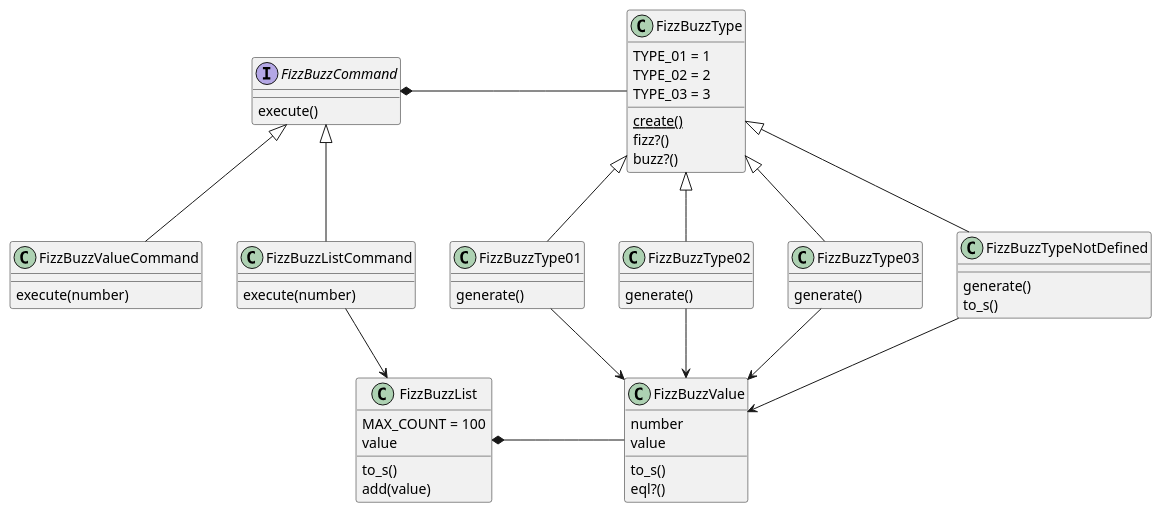
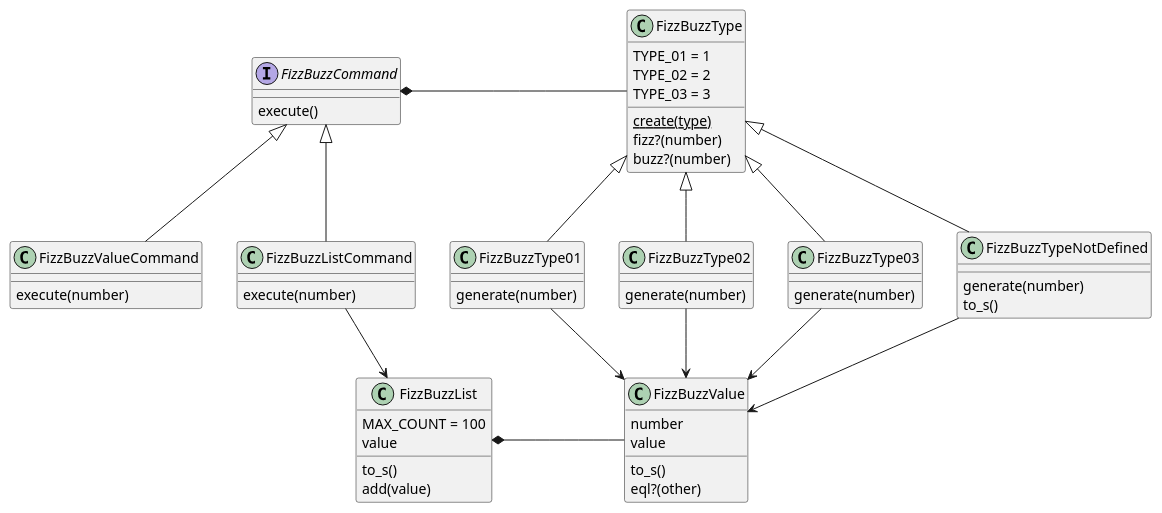
One commit to hiroshima-arc/tdd_rb changed diagram 38 of 42 in docs/src/article/episode_3.adoc. Above: the diagram before and after it, drawn with PlantUML. The commit also changed other lines of this file and 3 other files, not shown here.

```diff
--- a/docs/src/article/episode_3.adoc
+++ b/docs/src/article/episode_3.adoc
@@ -5908,58 +5908,58 @@
 [plantuml]
 ----
 class FizzBuzzType {
     TYPE_01 = 1
     TYPE_02 = 2
     TYPE_03 = 3
-    {static} create()
-    fizz?()
-    buzz?()
+    {static} create(type)
+    fizz?(number)
+    buzz?(number)
 }
 class FizzBuzzType01 {
-   generate()
+   generate(number)
 }
 class FizzBuzzType02 {
-   generate()
+   generate(number)
 }
 class FizzBuzzType03 {
-   generate()
+   generate(number)
 }
 class FizzBuzzTypeNotDefined {
-   generate()
+   generate(number)
    to_s()
 }
 class FizzBuzzValue {
    number
    value
    to_s()
-   eql?()
+   eql?(other)
 }
 class FizzBuzzList {
    MAX_COUNT = 100
    value
    to_s()
    add(value)
 }
 Interface FizzBuzzCommand {
   execute()
 }
 class FizzBuzzValueCommand {
   execute(number)
 }
 class FizzBuzzListCommand {
   execute(number)
 }
 FizzBuzzType <|-- FizzBuzzType01
 FizzBuzzType <|-- FizzBuzzType02
 FizzBuzzType <|-- FizzBuzzType03
 FizzBuzzType <|-- FizzBuzzTypeNotDefined
 FizzBuzzType01 --> FizzBuzzValue
 FizzBuzzType02 --> FizzBuzzValue
 FizzBuzzType03 --> FizzBuzzValue
 FizzBuzzTypeNotDefined --> FizzBuzzValue
 FizzBuzzList *- FizzBuzzValue
 FizzBuzzCommand <|-- FizzBuzzValueCommand
 FizzBuzzCommand <|-- FizzBuzzListCommand
 FizzBuzzListCommand --> FizzBuzzList
 FizzBuzzCommand *- FizzBuzzType
 ----
```
